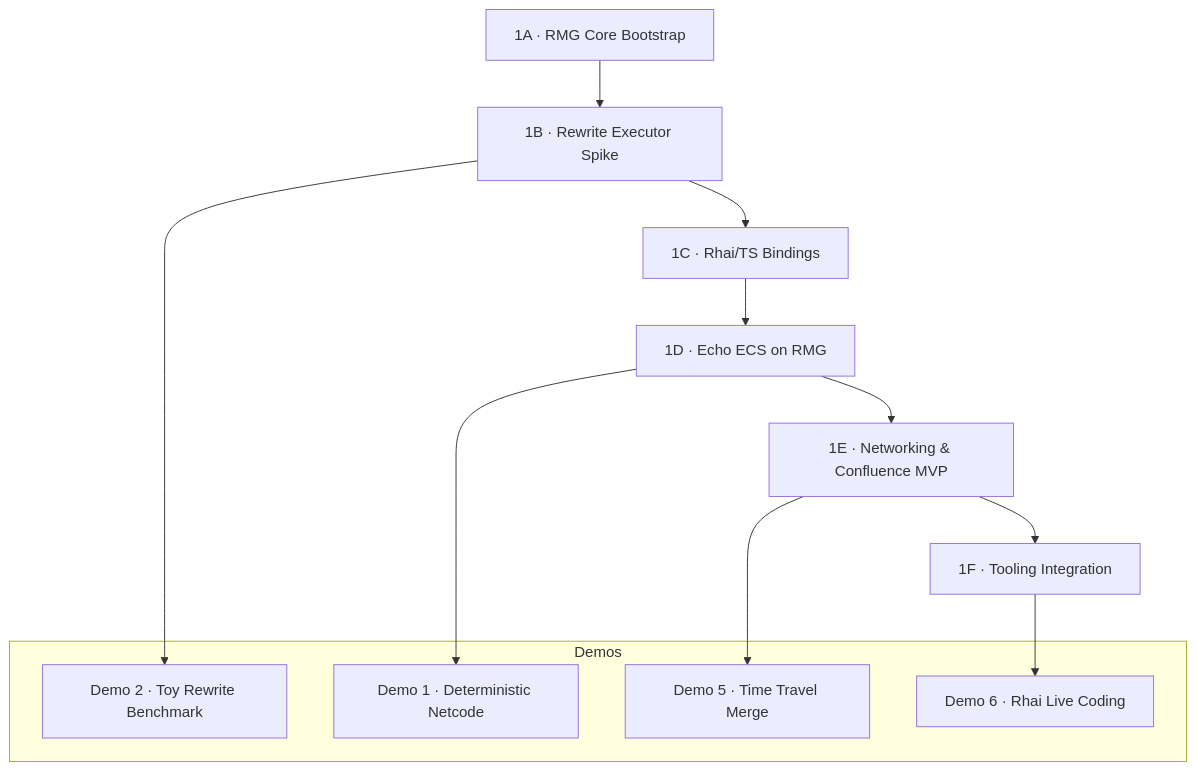
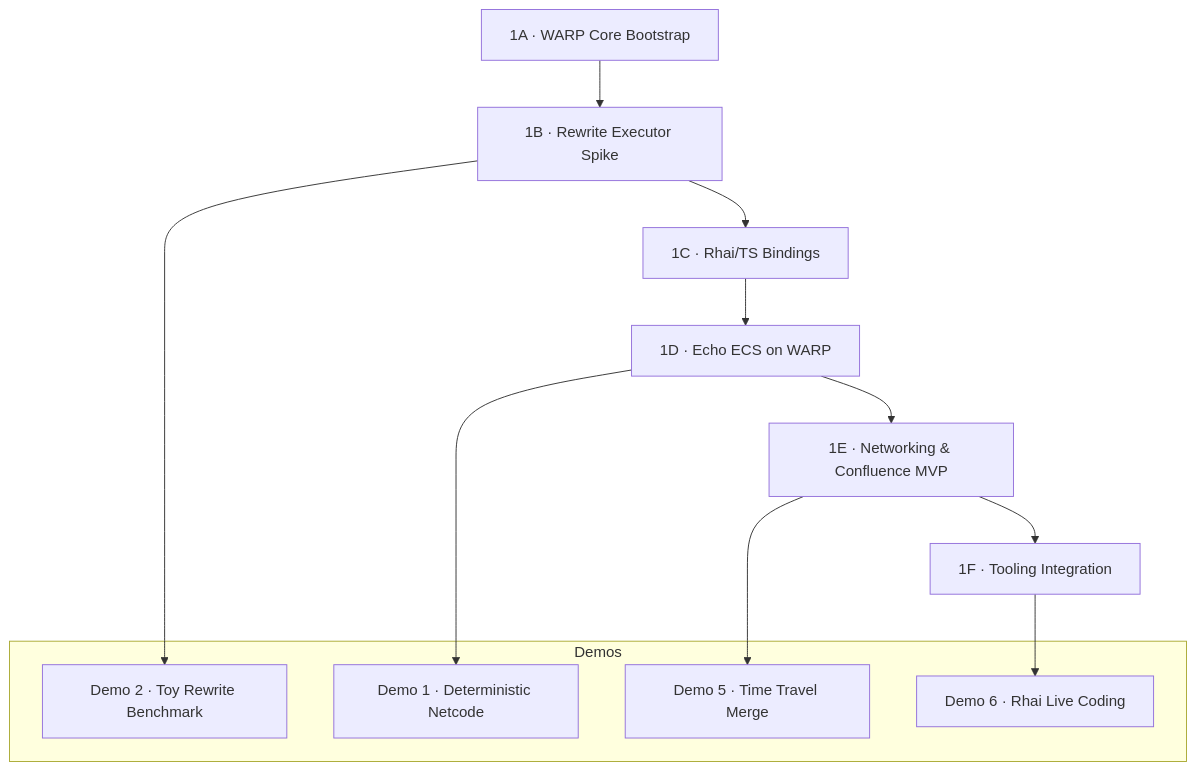
Before and after one commit to flyingrobots/echo: the diagram in docs/phase1-plan.md, drawn with Mermaid. The commit also changed other lines of this file and 256 other files, not shown here.

````diff
--- a/docs/phase1-plan.md
+++ b/docs/phase1-plan.md
@@ -10,22 +10,22 @@
 ```mermaid
 graph TD
-  A[1A · RMG Core Bootstrap]
+  A[1A · WARP Core Bootstrap]
   B[1B · Rewrite Executor Spike]
   C[1C · Rhai/TS Bindings]
-  D[1D · Echo ECS on RMG]
+  D[1D · Echo ECS on WARP]
   E[1E · Networking & Confluence MVP]
   F[1F · Tooling Integration]
 
   A --> B --> C --> D --> E --> F
   B --> DemoToy
   D --> DemoNetcode
   E --> DemoTimeTravel
   F --> DemoLiveCoding
 
   subgraph Demos
     DemoToy[Demo 2 · Toy Rewrite Benchmark]
     DemoNetcode[Demo 1 · Deterministic Netcode]
     DemoTimeTravel[Demo 5 · Time Travel Merge]
     DemoLiveCoding[Demo 6 · Rhai Live Coding]
   end
 ```
````
